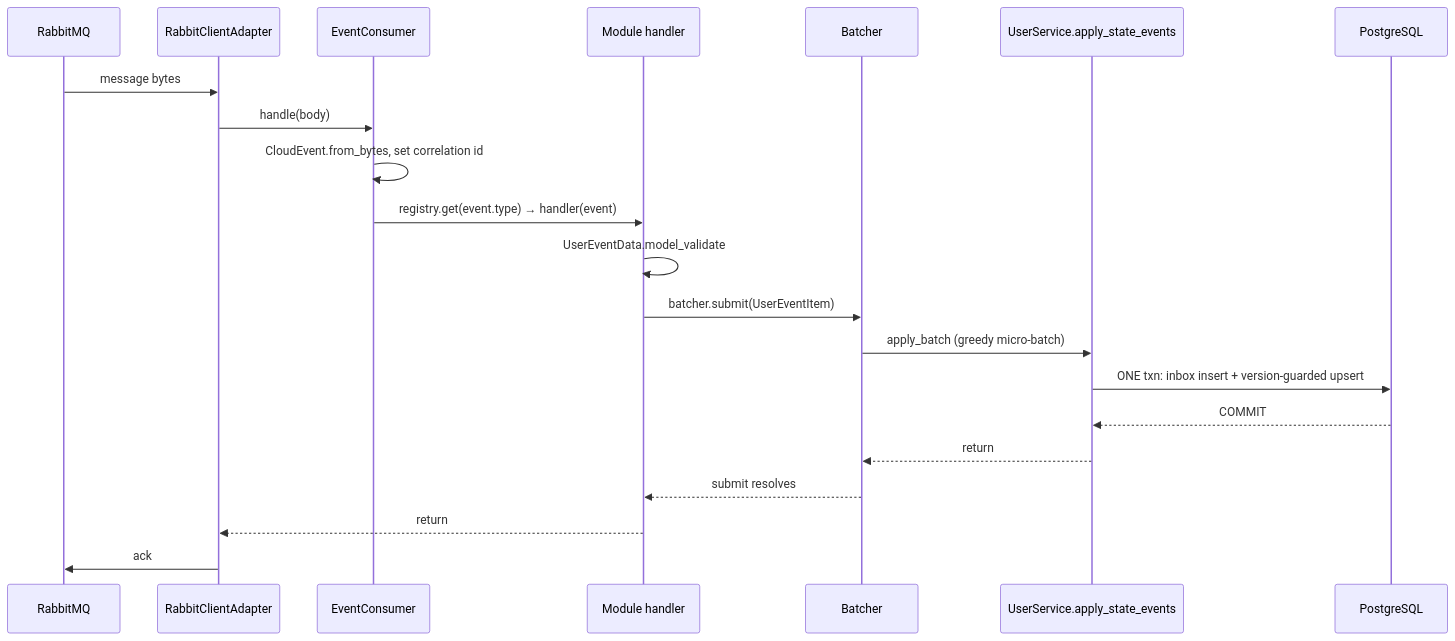
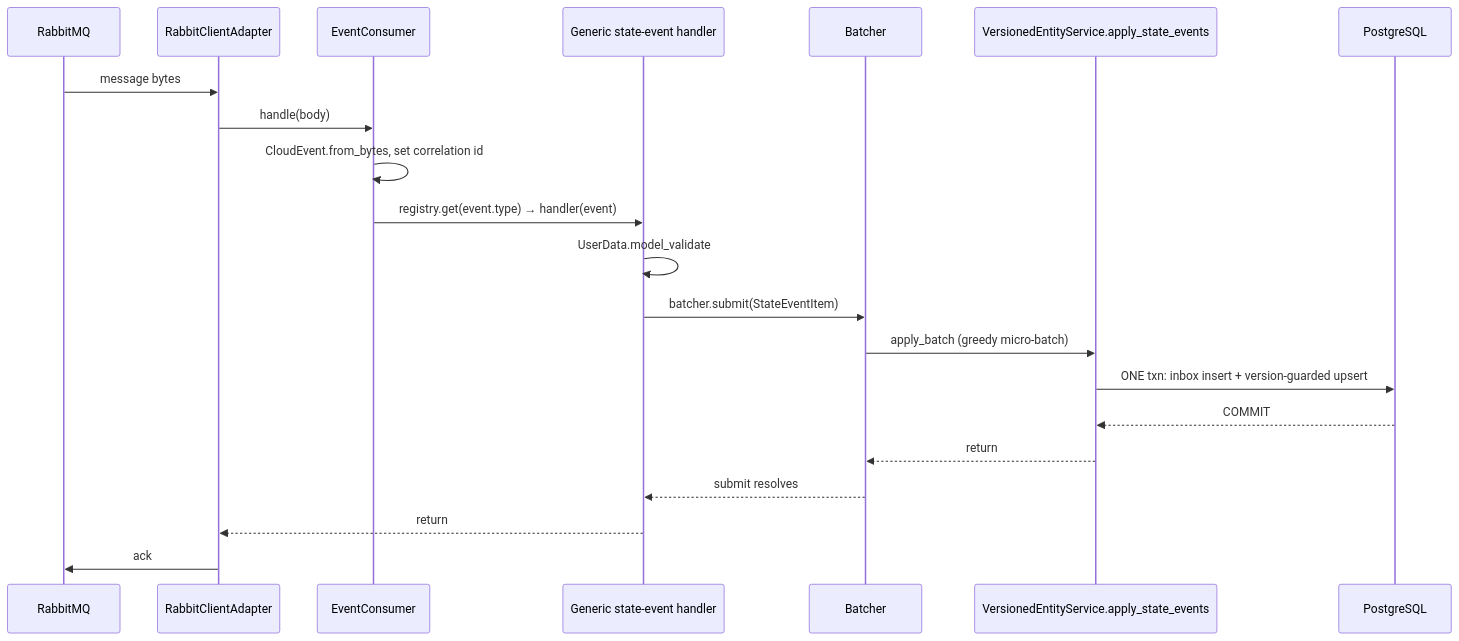
One commit to kafuexe/RabbitSpeedTest changed the second of 2 diagrams in shared_data_service/onboarding/03-architecture-tour.md. Above: the diagram before and after it, drawn with Mermaid. The commit also changed other lines of this file and 8 other files, not shown here.

First line of the commit message:
docs(sds): update onboarding + architecture docs for single-file entity modules and the spec registry

````diff
--- a/shared_data_service/onboarding/03-architecture-tour.md
+++ b/shared_data_service/onboarding/03-architecture-tour.md
@@ -103,23 +115,23 @@
 ```mermaid
 sequenceDiagram
     participant RB as RabbitMQ
     participant SC as RabbitClientAdapter
     participant EC as EventConsumer
-    participant H as Module handler
+    participant H as Generic state-event handler
     participant BA as Batcher
-    participant SV as UserService.apply_state_events
+    participant SV as VersionedEntityService.apply_state_events
     participant PG as PostgreSQL
     RB->>SC: message bytes
     SC->>EC: handle(body)
     EC->>EC: CloudEvent.from_bytes, set correlation id
     EC->>H: registry.get(event.type) → handler(event)
-    H->>H: UserEventData.model_validate
-    H->>BA: batcher.submit(UserEventItem)
+    H->>H: UserData.model_validate
+    H->>BA: batcher.submit(StateEventItem)
     BA->>SV: apply_batch (greedy micro-batch)
     SV->>PG: ONE txn: inbox insert + version-guarded upsert
     PG-->>SV: COMMIT
     SV-->>BA: return
     BA-->>H: submit resolves
     H-->>SC: return
     SC->>RB: ack
 ```
````
